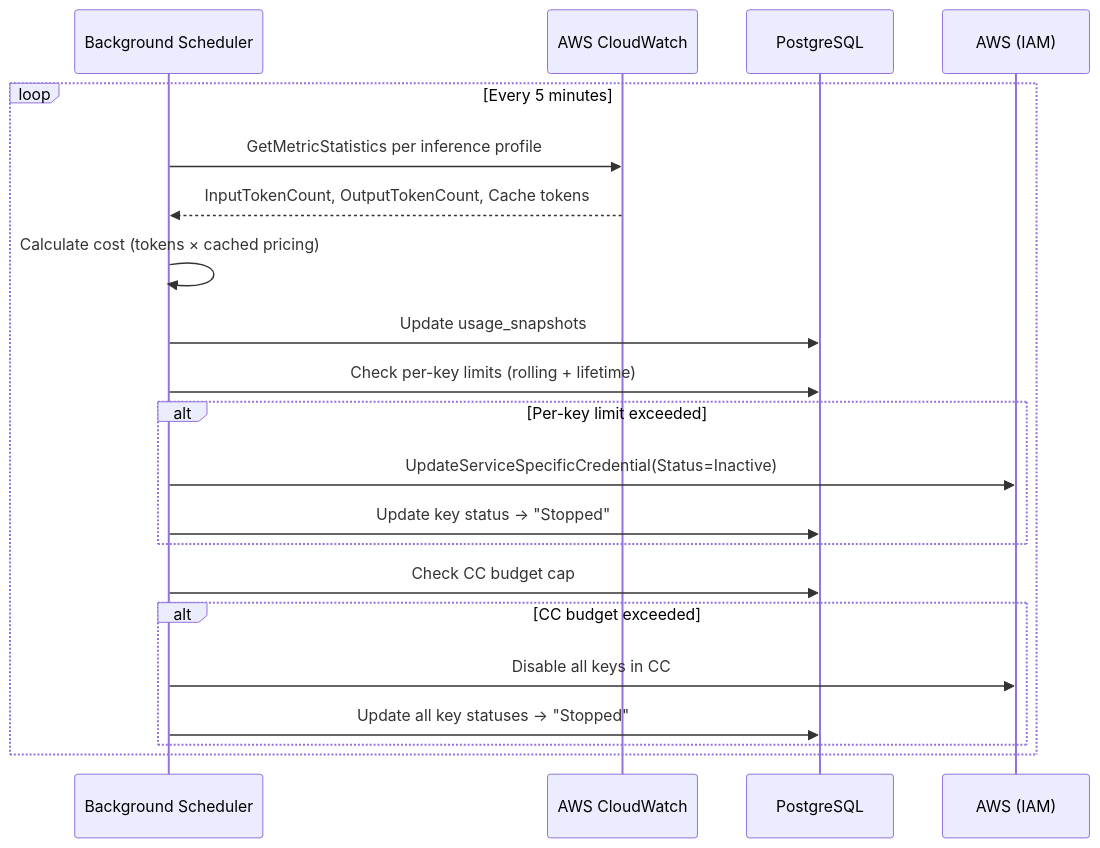
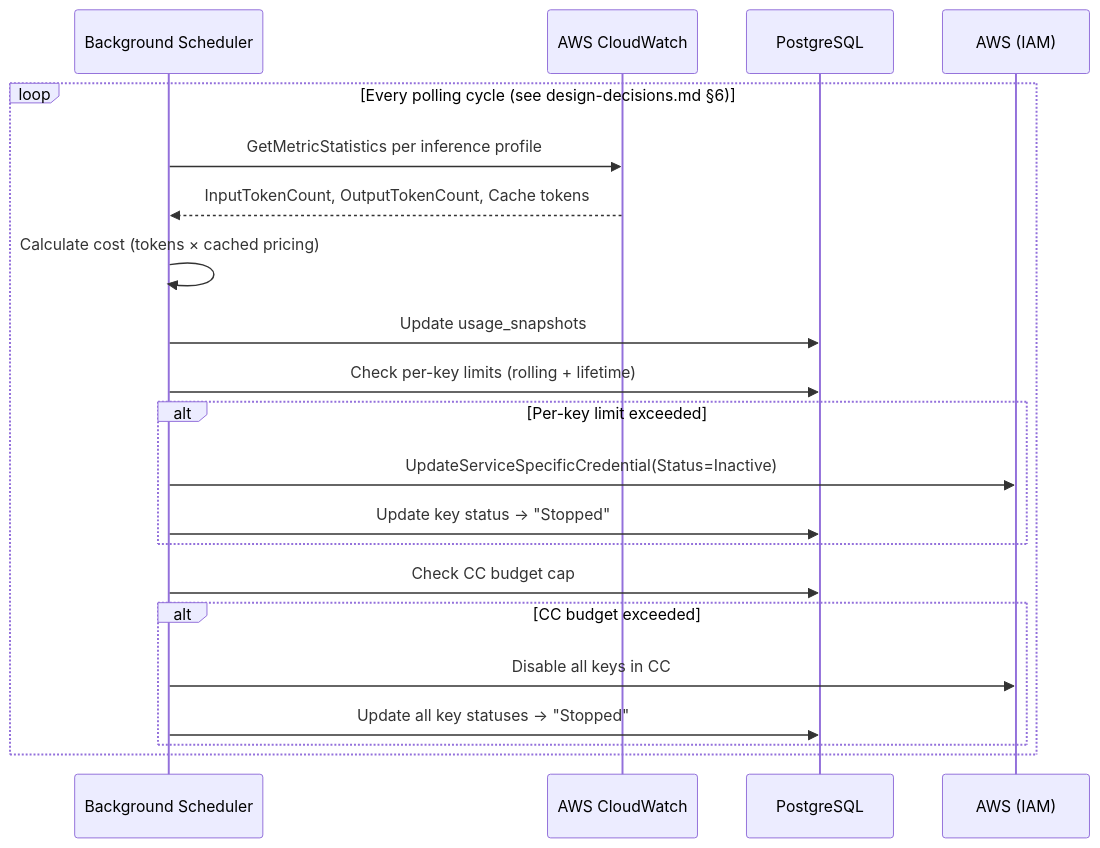
The fourth of 5 diagrams in docs/design.md (leewsimpson/claude-aws-manager), drawn with Mermaid before and after one commit. The commit also changed other lines of this file and 7 other files, not shown here.

First line of the commit message:
Review docs for consistency: fix casing, ordering, and schema gaps

````diff
--- a/docs/design.md
+++ b/docs/design.md
@@ -189,24 +192,24 @@
 ```mermaid
 sequenceDiagram
     participant Sched as Background Scheduler
     participant CW as AWS CloudWatch
     participant DB as PostgreSQL
     participant AWS as AWS (IAM)
 
-    loop Every 5 minutes
+    loop Every polling cycle (see design-decisions.md §6)
         Sched->>CW: GetMetricStatistics per inference profile
         CW-->>Sched: InputTokenCount, OutputTokenCount, Cache tokens
         Sched->>Sched: Calculate cost (tokens × cached pricing)
         Sched->>DB: Update usage_snapshots
         Sched->>DB: Check per-key limits (rolling + lifetime)
         alt Per-key limit exceeded
             Sched->>AWS: UpdateServiceSpecificCredential(Status=Inactive)
             Sched->>DB: Update key status → "Stopped"
         end
         Sched->>DB: Check CC budget cap
         alt CC budget exceeded
             Sched->>AWS: Disable all keys in CC
             Sched->>DB: Update all key statuses → "Stopped"
         end
     end
 ```
````
